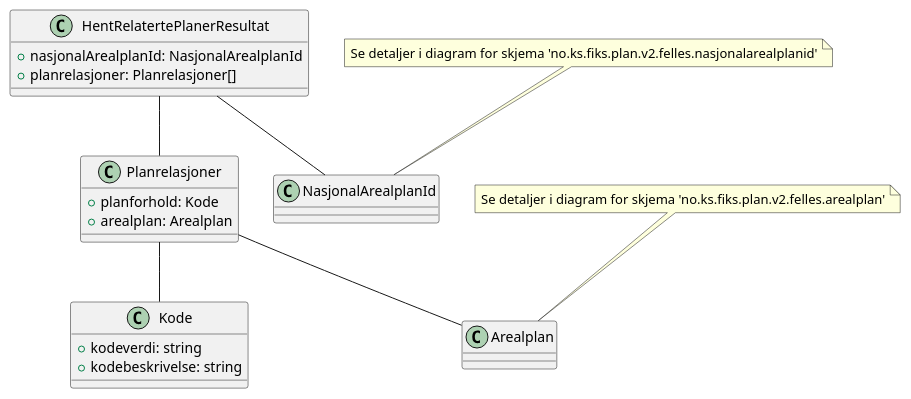
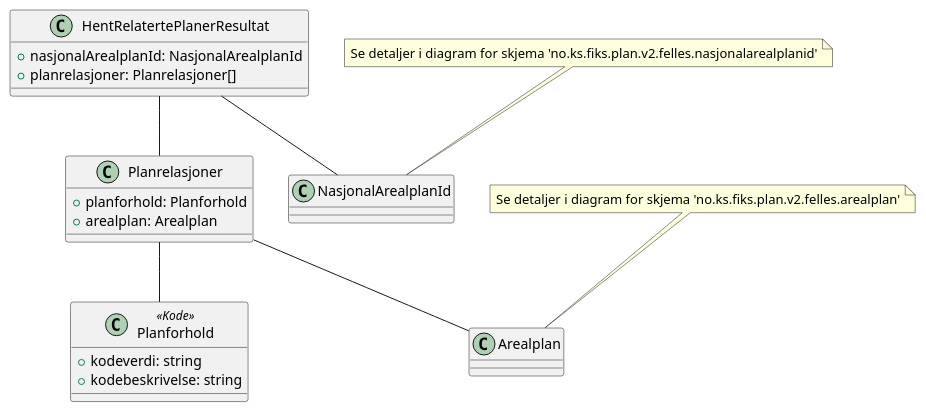
One commit to ks-no/fiks-plan-specification changed the diagram in Dokumentasjon/V2/SchemaModels/no.ks.fiks.plan.v2.innsyn.relaterteplaner.hent.resultat/relaterteplaner-hent-resultat.pu. Above: the diagram before and after it, drawn with PlantUML. The commit also changed 25 other files, not shown here.

```diff
--- a/Dokumentasjon/V2/SchemaModels/no.ks.fiks.plan.v2.innsyn.relaterteplaner.hent.resultat/relaterteplaner-hent-resultat.pu
+++ b/Dokumentasjon/V2/SchemaModels/no.ks.fiks.plan.v2.innsyn.relaterteplaner.hent.resultat/relaterteplaner-hent-resultat.pu
@@ -1,26 +1,26 @@
 @startuml
 
 class HentRelatertePlanerResultat {
     +nasjonalArealplanId: NasjonalArealplanId
     +planrelasjoner: Planrelasjoner[]
 }
 
 class Planrelasjoner {
-    +planforhold: Kode
+    +planforhold: Planforhold
     +arealplan: Arealplan
 }
 
-class Kode {
+class Planforhold <<Kode>> {
     +kodeverdi: string
     +kodebeskrivelse: string
 }
 
 HentRelatertePlanerResultat -- NasjonalArealplanId
 HentRelatertePlanerResultat -- Planrelasjoner
 Planrelasjoner -- Arealplan
-Planrelasjoner -- Kode
+Planrelasjoner -- Planforhold
 
 note top of NasjonalArealplanId : Se detaljer i diagram for skjema 'no.ks.fiks.plan.v2.felles.nasjonalarealplanid'
 note top of Arealplan : Se detaljer i diagram for skjema 'no.ks.fiks.plan.v2.felles.arealplan'
 
 @enduml
```
